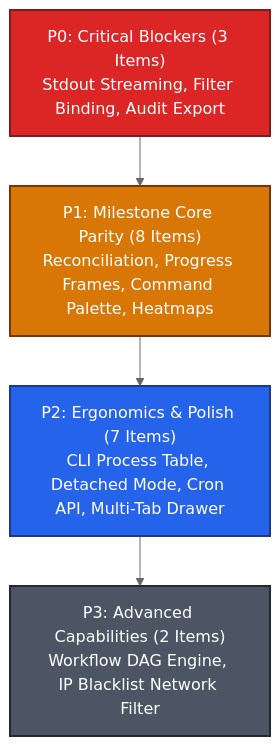
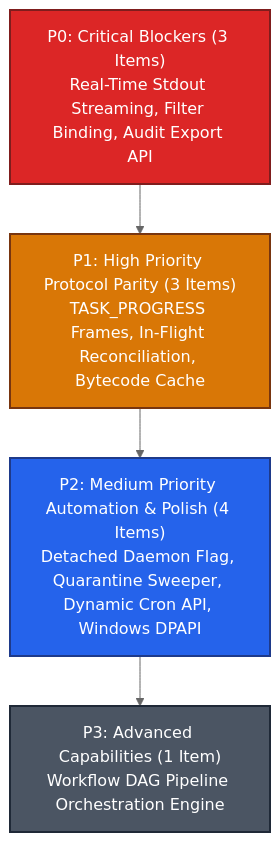
Before and after one commit to Jehudme/legatus: the diagram in docs/dev/milestones/005-platform-feature-completeness.md, drawn with Mermaid (neutral theme). The commit also changed other lines of this file and 1 other file, not shown here.

First line of the commit message:
docs(docs): harden MS-005 and MS-007 with architectural guardrails

````diff
--- a/docs/dev/milestones/005-platform-feature-completeness.md
+++ b/docs/dev/milestones/005-platform-feature-completeness.md
@@ -51,14 +54,14 @@
 ```mermaid
 graph TD
     classDef p0 fill:#dc2626,stroke:#7f1d1d,color:#ffffff,stroke-width:2px;
     classDef p1 fill:#d97706,stroke:#78350f,color:#ffffff,stroke-width:2px;
     classDef p2 fill:#2563eb,stroke:#1e3a8a,color:#ffffff,stroke-width:2px;
     classDef p3 fill:#4b5563,stroke:#1f2937,color:#ffffff,stroke-width:2px;
 
-    P0["P0: Critical Blockers (3 Items)<br>Stdout Streaming, Filter Binding, Audit Export"]:::p0
-    P1["P1: Milestone Core Parity (8 Items)<br>Reconciliation, Progress Frames, Command Palette, Heatmaps"]:::p1
-    P2["P2: Ergonomics & Polish (7 Items)<br>CLI Process Table, Detached Mode, Cron API, Multi-Tab Drawer"]:::p2
-    P3["P3: Advanced Capabilities (2 Items)<br>Workflow DAG Engine, IP Blacklist Network Filter"]:::p3
+    P0["P0: Critical Blockers (3 Items)<br>Real-Time Stdout Streaming, Filter Binding, Audit Export API"]:::p0
+    P1["P1: High Priority Protocol Parity (3 Items)<br>TASK_PROGRESS Frames, In-Flight Reconciliation, Bytecode Cache"]:::p1
+    P2["P2: Medium Priority Automation & Polish (4 Items)<br>Detached Daemon Flag, Quarantine Sweeper, Dynamic Cron API, Windows DPAPI"]:::p2
+    P3["P3: Advanced Capabilities (1 Item)<br>Workflow DAG Pipeline Orchestration Engine"]:::p3
 
     P0 --> P1 --> P2 --> P3
 ```
````
